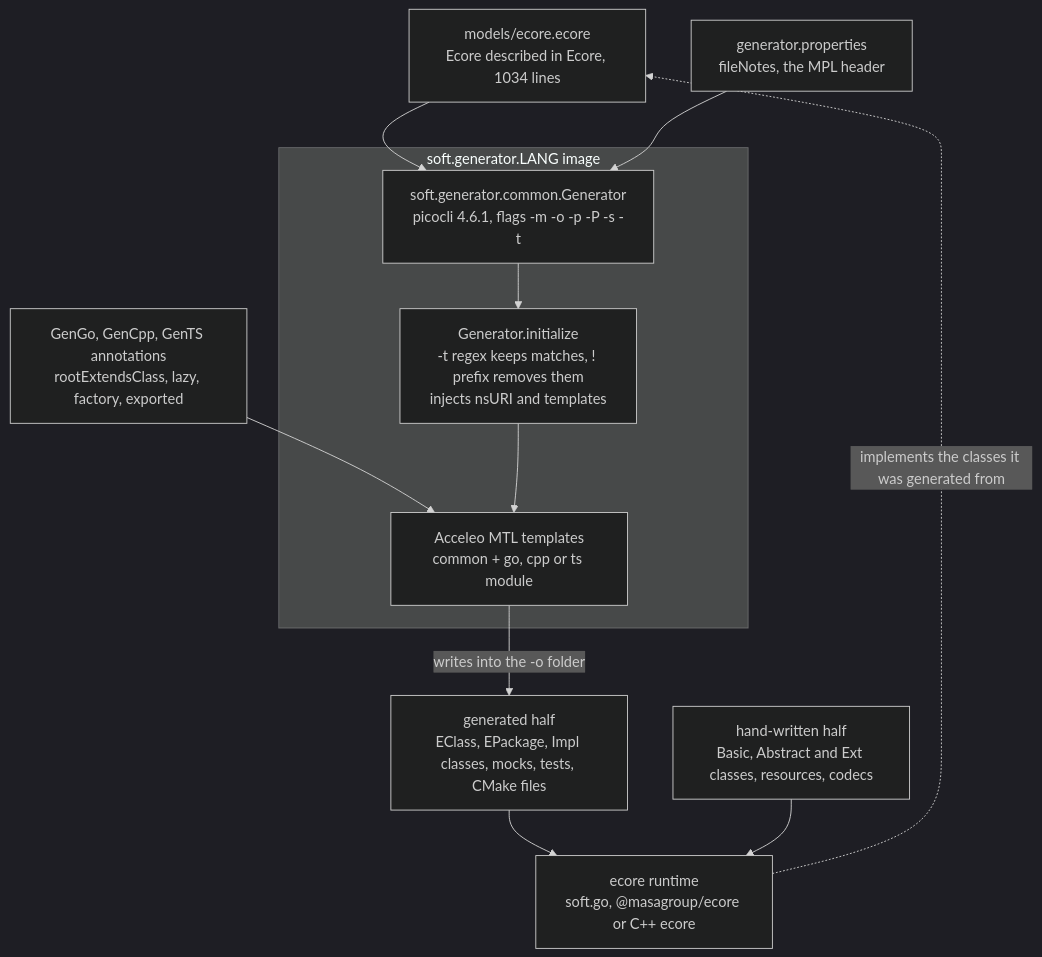
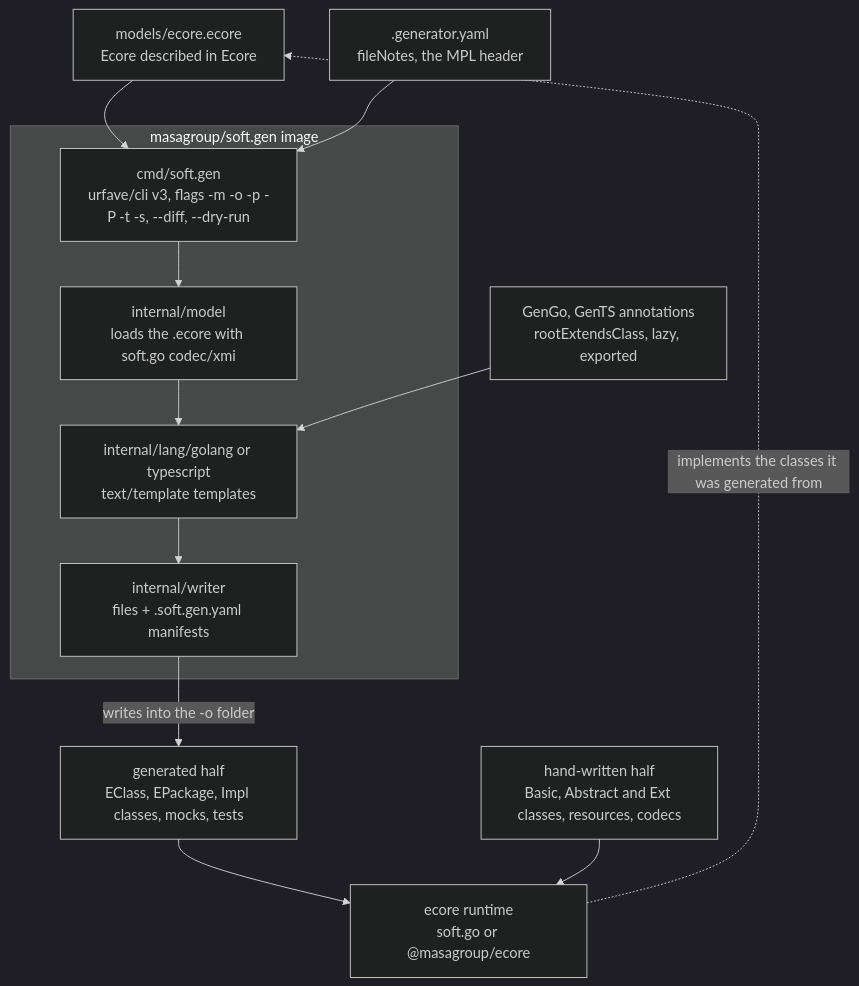
The fourth of 6 diagrams in ARCHITECTURE.md (masagroup/soft), drawn with Mermaid (dark theme) before and after one commit. The commit also changed other lines of this file and 1 other file, not shown here.

First line of the commit message:
docs: update ARCHITECTURE and CONTRIBUTING for soft.gen v2 and the new submodules

````diff
--- a/ARCHITECTURE.md
+++ b/ARCHITECTURE.md
@@ -151,23 +162,25 @@
 ```mermaid
 flowchart TB
-    ECORE["models/ecore.ecore<br/>Ecore described in Ecore, 1034 lines"]
-    ANN["GenGo, GenCpp, GenTS annotations<br/>rootExtendsClass, lazy, factory, exported"]
-    PROPS["generator.properties<br/>fileNotes, the MPL header"]
-    subgraph IMGS["soft.generator.LANG image"]
-        CLI["soft.generator.common.Generator<br/>picocli 4.6.1, flags -m -o -p -P -s -t"]
-        SEL["Generator.initialize<br/>-t regex keeps matches, ! prefix removes them<br/>injects nsURI and templates"]
-        TPL["Acceleo MTL templates<br/>common + go, cpp or ts module"]
+    ECORE["models/ecore.ecore<br/>Ecore described in Ecore"]
+    ANN["GenGo, GenTS annotations<br/>rootExtendsClass, lazy, exported"]
+    PROPS[".generator.yaml<br/>fileNotes, the MPL header"]
+    subgraph IMGS["masagroup/soft.gen image"]
+        CLI["cmd/soft.gen<br/>urfave/cli v3, flags -m -o -p -P -t -s, --diff, --dry-run"]
+        MODEL["internal/model<br/>loads the .ecore with soft.go codec/xmi"]
+        TPL["internal/lang/golang or typescript<br/>text/template templates"]
+        WR["internal/writer<br/>files + .soft.gen.yaml manifests"]
     end
-    GENH["generated half<br/>EClass, EPackage, Impl classes, mocks, tests, CMake files"]
+    GENH["generated half<br/>EClass, EPackage, Impl classes, mocks, tests"]
     HAND["hand-written half<br/>Basic, Abstract and Ext classes, resources, codecs"]
-    LIB["ecore runtime<br/>soft.go, @masagroup/ecore or C++ ecore"]
+    LIB["ecore runtime<br/>soft.go or @masagroup/ecore"]
     ECORE --> CLI
+    PROPS --> CLI
+    CLI --> MODEL
+    MODEL --> TPL
     ANN --> TPL
-    PROPS --> CLI
-    CLI --> SEL
-    SEL --> TPL
-    TPL -->|"writes into the -o folder"| GENH
+    TPL --> WR
+    WR -->|"writes into the -o folder"| GENH
     GENH --> LIB
     HAND --> LIB
     LIB -.->|"implements the classes it was generated from"| ECORE
 ```
````
